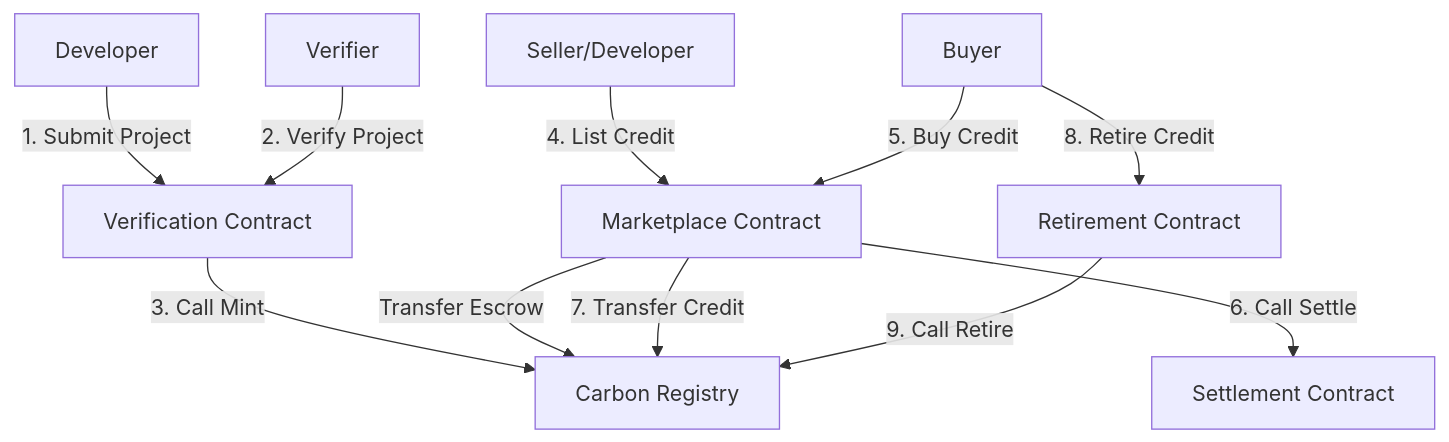
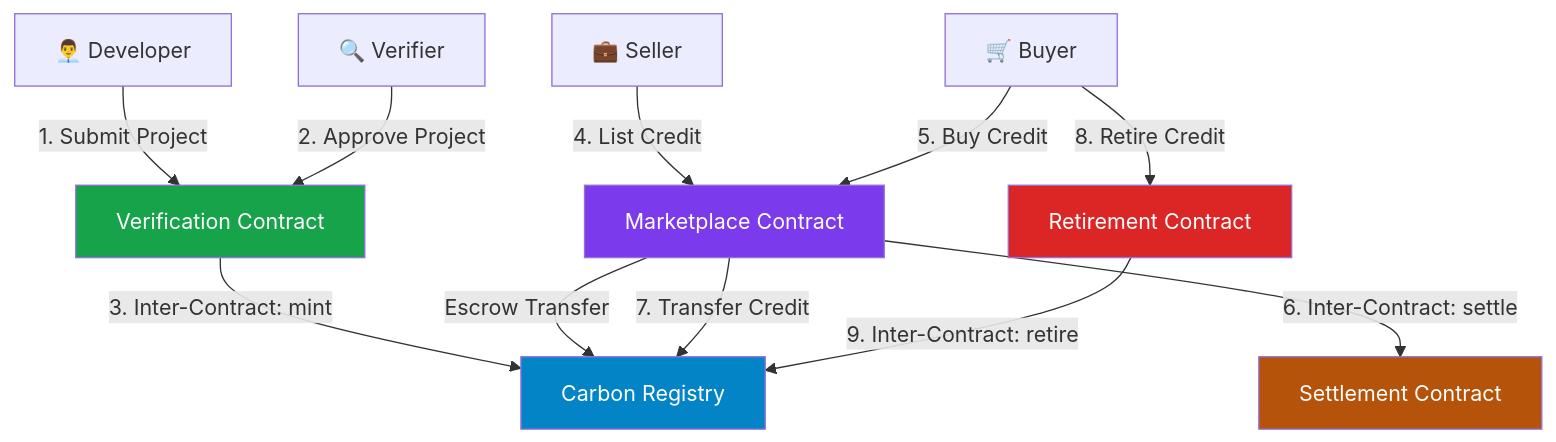
The diagram in README.md (praveengarakot/CarbonX), drawn with Mermaid before and after one commit. The commit also changed other lines of this file, not shown here.

````diff
--- a/README.md
+++ b/README.md
@@ -41,16 +68,22 @@
 ```mermaid
 graph TD
-    Developer[Developer] -->|1. Submit Project| VC[Verification Contract]
-    Verifier[Verifier] -->|2. Verify Project| VC
-    VC -->|3. Call Mint| CR[Carbon Registry]
+    Developer[👨‍💼 Developer] -->|1. Submit Project| VC[Verification Contract]
+    Verifier[🔍 Verifier] -->|2. Approve Project| VC
+    VC -->|3. Inter-Contract: mint| CR[Carbon Registry]
     
-    Seller[Seller/Developer] -->|4. List Credit| MC[Marketplace Contract]
-    MC -->|Transfer Escrow| CR
+    Seller[💼 Seller] -->|4. List Credit| MC[Marketplace Contract]
+    MC -->|Escrow Transfer| CR
     
-    Buyer[Buyer] -->|5. Buy Credit| MC
-    MC -->|6. Call Settle| SC[Settlement Contract]
+    Buyer[🛒 Buyer] -->|5. Buy Credit| MC
+    MC -->|6. Inter-Contract: settle| SC[Settlement Contract]
     MC -->|7. Transfer Credit| CR
     
     Buyer -->|8. Retire Credit| RC[Retirement Contract]
-    RC -->|9. Call Retire| CR
+    RC -->|9. Inter-Contract: retire| CR
+    
+    style VC fill:#16a34a,color:#fff
+    style CR fill:#0284c7,color:#fff
+    style MC fill:#7c3aed,color:#fff
+    style SC fill:#b45309,color:#fff
+    style RC fill:#dc2626,color:#fff
 ```
````
